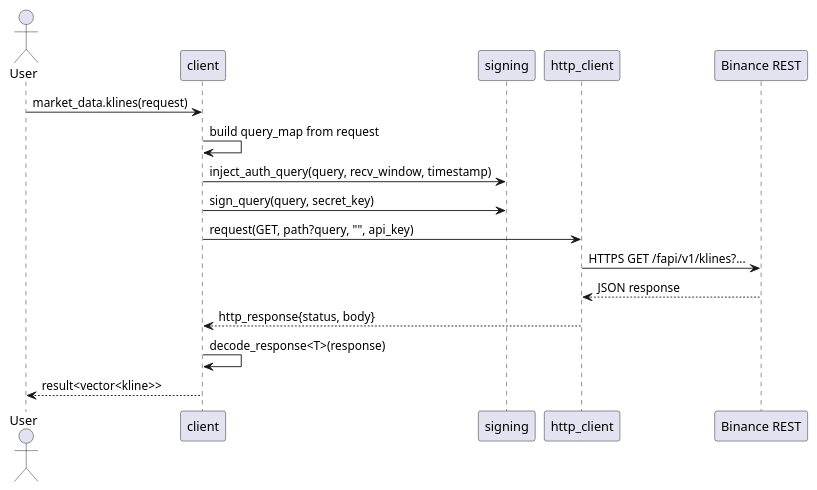
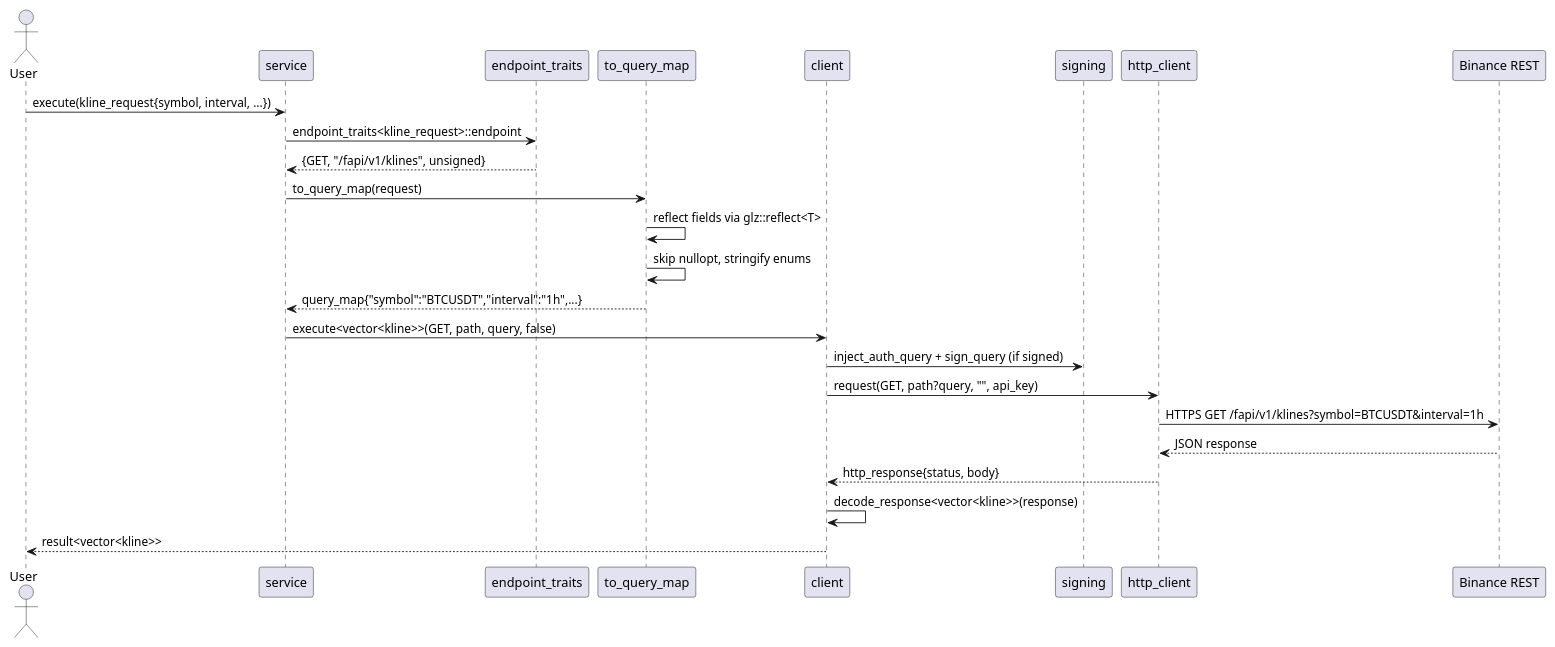
One commit to agutikov/binapi changed the fourth of 8 diagrams in docs/DESIGN.md. Above: the diagram before and after it, drawn with PlantUML. The commit also changed other lines of this file and 3 other files, not shown here.

````diff
--- a/docs/DESIGN.md
+++ b/docs/DESIGN.md
@@ -155,20 +221,28 @@
 ```plantuml
 @startuml
 actor User
+participant "service" as SVC
+participant "endpoint_traits" as ET
+participant "to_query_map" as QM
 participant "client" as C
 participant "signing" as S
 participant "http_client" as H
 participant "Binance REST" as B
 
-User -> C: market_data.klines(request)
-C -> C: build query_map from request
-C -> S: inject_auth_query(query, recv_window, timestamp)
-C -> S: sign_query(query, secret_key)
+User -> SVC: execute(kline_request{symbol, interval, ...})
+SVC -> ET: endpoint_traits<kline_request>::endpoint
+ET --> SVC: {GET, "/fapi/v1/klines", unsigned}
+SVC -> QM: to_query_map(request)
+QM -> QM: reflect fields via glz::reflect<T>
+QM -> QM: skip nullopt, stringify enums
+QM --> SVC: query_map{"symbol":"BTCUSDT","interval":"1h",...}
+SVC -> C: execute<vector<kline>>(GET, path, query, false)
+C -> S: inject_auth_query + sign_query (if signed)
 C -> H: request(GET, path?query, "", api_key)
-H -> B: HTTPS GET /fapi/v1/klines?...
+H -> B: HTTPS GET /fapi/v1/klines?symbol=BTCUSDT&interval=1h
 B --> H: JSON response
 H --> C: http_response{status, body}
-C -> C: decode_response<T>(response)
+C -> C: decode_response<vector<kline>>(response)
 C --> User: result<vector<kline>>
 @enduml
 ```
````
